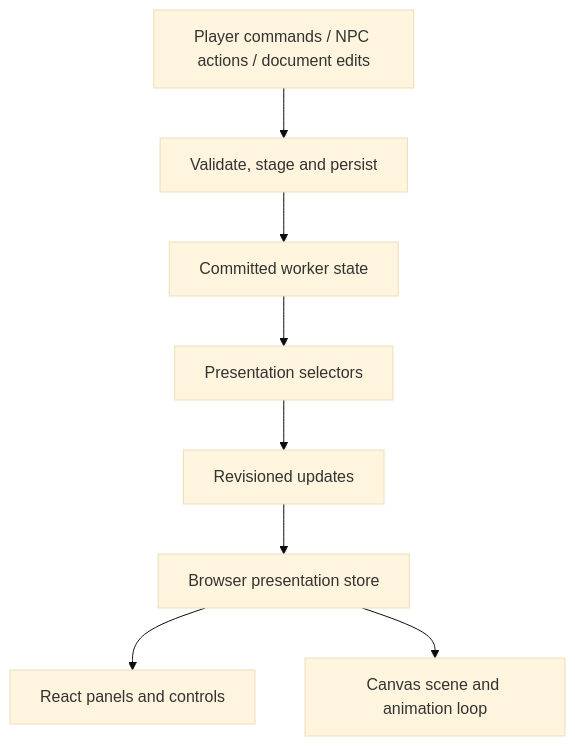
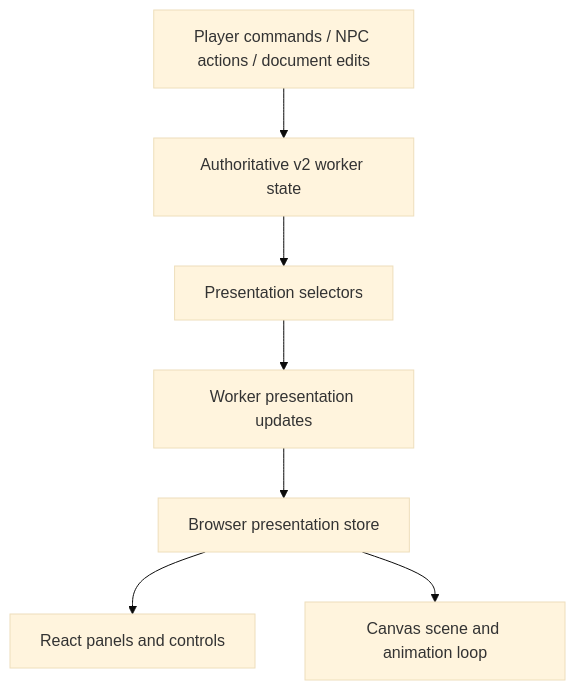
Before and after one commit to Tatskaari/kingmaker: the diagram in docs/rfcs/0001-world-state-and-presentation.md, drawn with Mermaid (base theme). The commit also changed other lines of this file, not shown here.

Commit message:
Scope RFC to native world support and presentation refactors

````diff
--- a/docs/rfcs/0001-world-state-and-presentation.md
+++ b/docs/rfcs/0001-world-state-and-presentation.md
@@ -144,10 +131,9 @@
 ```mermaid
 flowchart TD
-  Commands[Player commands / NPC actions / document edits] --> Transaction[Validate, stage and persist]
-  Transaction --> World[Committed worker state]
+  Commands[Player commands / NPC actions / document edits] --> World[Authoritative v2 worker state]
   World --> Selectors[Presentation selectors]
-  Selectors --> Bridge[Revisioned updates]
+  Selectors --> Bridge[Worker presentation updates]
   Bridge --> Store[Browser presentation store]
   Store --> React[React panels and controls]
   Store --> Canvas[Canvas scene and animation loop]
 ```
````
